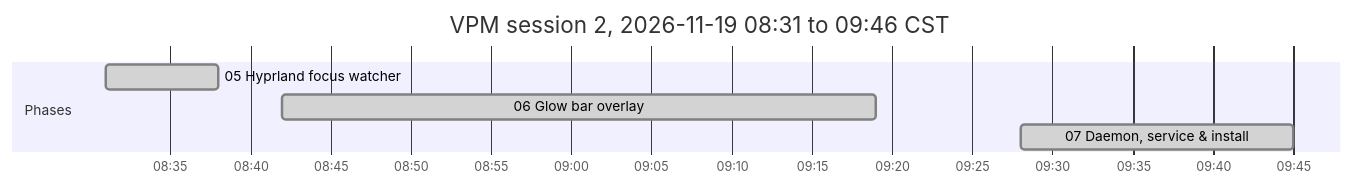
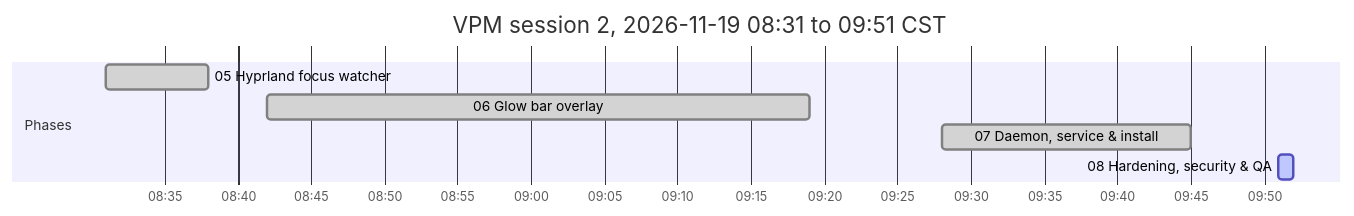
Before and after one commit to antonizick/VPNMonitor: the second of 2 diagrams in VPM_IMPLEMENTATION_PLAN.md, drawn with Mermaid. The commit also changed other lines of this file and 1 other file, not shown here.

Commit message:
docs(plan): refresh timeline

````diff
--- a/VPM_IMPLEMENTATION_PLAN.md
+++ b/VPM_IMPLEMENTATION_PLAN.md
@@ -67,10 +67,11 @@
 ```mermaid
 gantt
-    title VPM session 2, 2026-11-19 08:31 to 09:46 CST
+    title VPM session 2, 2026-11-19 08:31 to 09:51 CST
     dateFormat YYYY-MM-DD HH:mm
     axisFormat %H:%M
     section Phases
     05 Hyprland focus watcher :done, p05s2, 2026-11-19 08:31, 2026-11-19 08:38
     06 Glow bar overlay :done, p06s2, 2026-11-19 08:42, 2026-11-19 09:19
     07 Daemon, service & install :done, p07s2, 2026-11-19 09:28, 2026-11-19 09:45
+    08 Hardening, security & QA :active, p08s2, 2026-11-19 09:51, 2026-11-19 09:52
 ```
````
